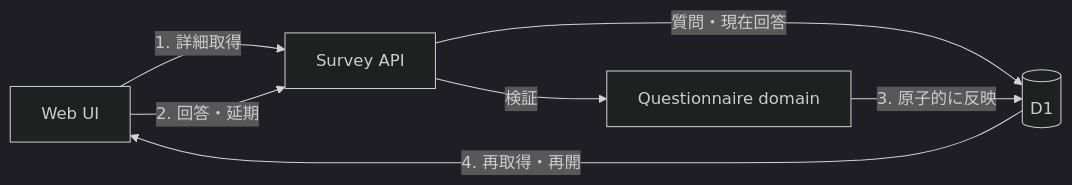
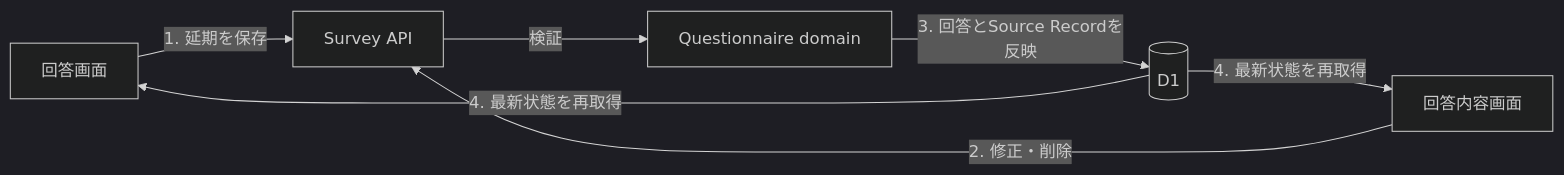
Before and after one commit to kkyosuke/me-builder: the diagram in docs/development/survey-implementation-plan.md, drawn with Mermaid (dark theme). The commit also changed other lines of this file and 5 other files, not shown here.

````diff
--- a/docs/development/survey-implementation-plan.md
+++ b/docs/development/survey-implementation-plan.md
@@ -27,9 +27,9 @@
 ```mermaid
 flowchart LR
-    W[Web UI] -->|1. 詳細取得| A[Survey API]
-    A -->|質問・現在回答| D[(D1)]
-    W -->|2. 回答・延期| A
+    W[回答画面] -->|1. 延期を保存| A[Survey API]
+    R[回答内容画面] -->|2. 修正・削除| A
     A -->|検証| Q[Questionnaire domain]
-    Q -->|3. 原子的に反映| D
-    D -->|4. 再取得・再開| W
+    Q -->|3. 回答とSource Recordを反映| D[(D1)]
+    D -->|4. 最新状態を再取得| W
+    D -->|4. 最新状態を再取得| R
 ```
````
